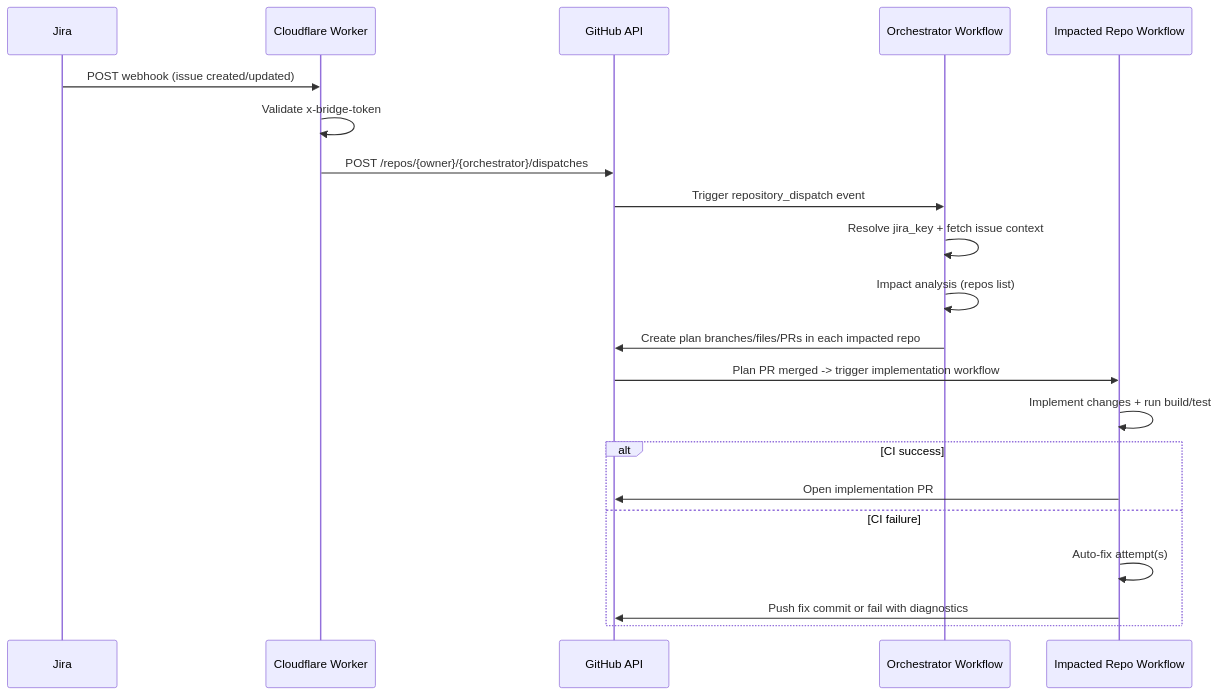
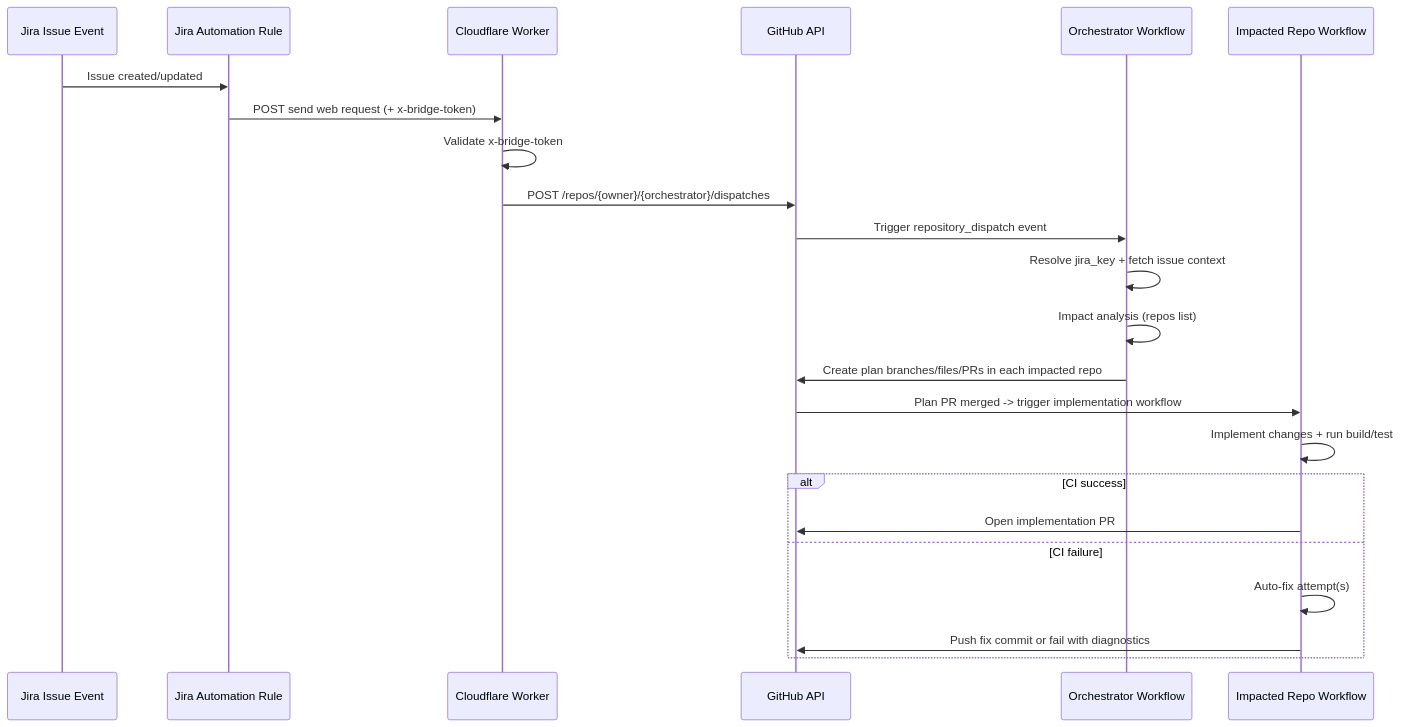
The second of 2 diagrams in agentic-sdlc-jira-cloudfare-overview.md (vinipx/agentic-sdlc-demo), drawn with Mermaid before and after one commit. The commit also changed other lines of this file, not shown here.

First line of the commit message:
Clarify Jira Automation integration in SDLC overview

````diff
--- a/agentic-sdlc-jira-cloudfare-overview.md
+++ b/agentic-sdlc-jira-cloudfare-overview.md
@@ -89,24 +90,26 @@
 ```mermaid
 sequenceDiagram
-  participant Jira
+  participant Jira as Jira Issue Event
+  participant Auto as Jira Automation Rule
   participant Worker as Cloudflare Worker
   participant GH as GitHub API
   participant Orch as Orchestrator Workflow
   participant Repo as Impacted Repo Workflow
 
-  Jira->>Worker: POST webhook (issue created/updated)
+  Jira->>Auto: Issue created/updated
+  Auto->>Worker: POST send web request (+ x-bridge-token)
   Worker->>Worker: Validate x-bridge-token
   Worker->>GH: POST /repos/{owner}/{orchestrator}/dispatches
   GH->>Orch: Trigger repository_dispatch event
   Orch->>Orch: Resolve jira_key + fetch issue context
   Orch->>Orch: Impact analysis (repos list)
   Orch->>GH: Create plan branches/files/PRs in each impacted repo
   GH->>Repo: Plan PR merged -> trigger implementation workflow
   Repo->>Repo: Implement changes + run build/test
   alt CI success
     Repo->>GH: Open implementation PR
   else CI failure
     Repo->>Repo: Auto-fix attempt(s)
     Repo->>GH: Push fix commit or fail with diagnostics
   end
 ```
````
